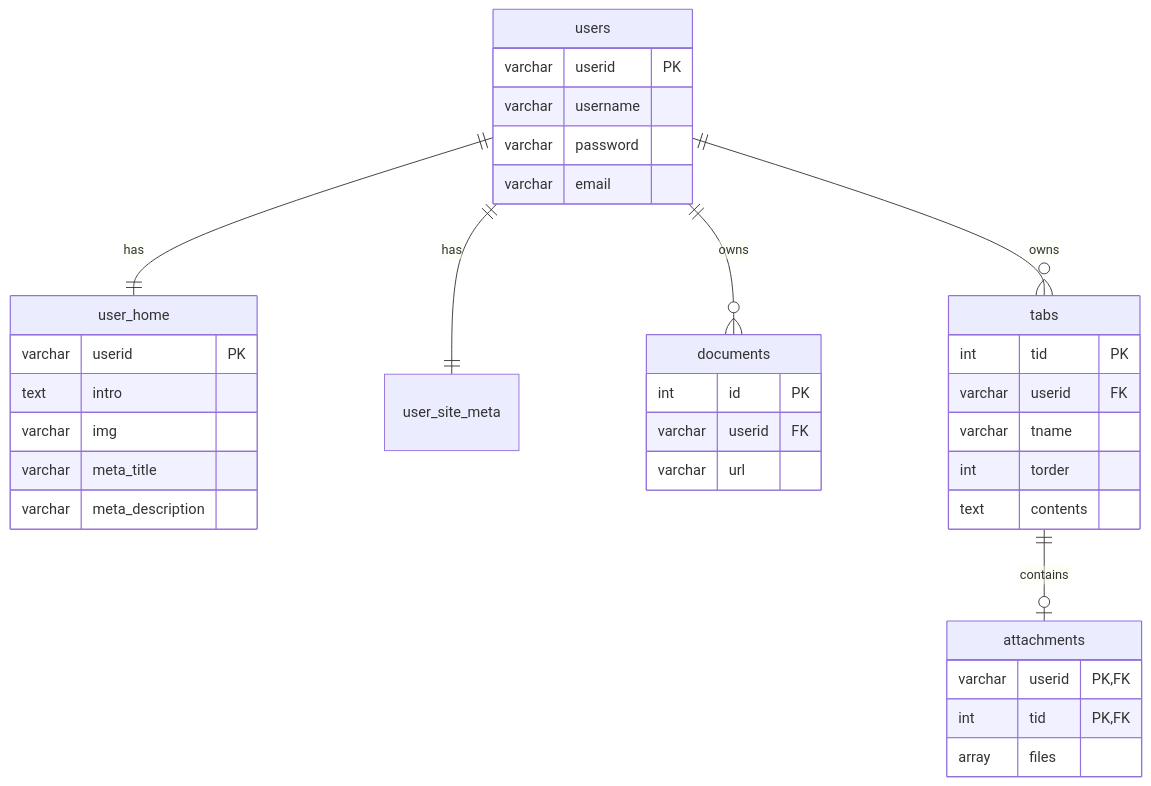
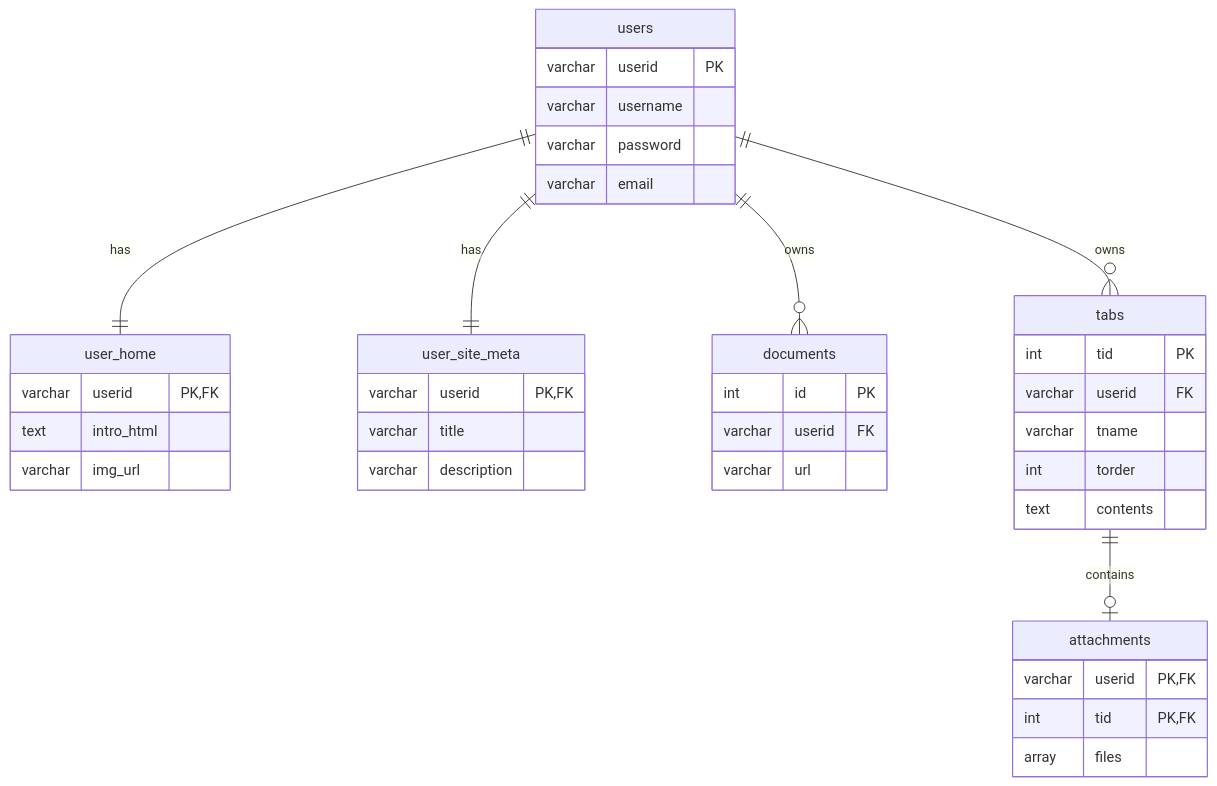
Before and after one commit to SihyeonHong/EasiestCV: the diagram in README.md, drawn with Mermaid. The commit also changed other lines of this file and 2 other files, not shown here.

Commit message:
chore: DB Schema 업데이트

````diff
--- a/README.md
+++ b/README.md
@@ -18,44 +18,48 @@
 ```mermaid
 erDiagram
     users ||--|| user_home : has
     users ||--|| user_site_meta : has
     users ||--o{ documents : owns
     users ||--o{ tabs : owns
     tabs ||--o| attachments : contains
 
     users {
         varchar userid PK
         varchar username
         varchar password
         varchar email
     }
+
+    user_site_meta {
+        varchar userid PK, FK
+        varchar title
+        varchar description
+    }
+
     user_home {
-        varchar userid PK
-        text intro
-        varchar img
-        varchar meta_title
-        varchar meta_description
+        varchar userid PK, FK
+        text intro_html
+        varchar img_url
     }
 
     documents {
         int id PK
         varchar userid FK
         varchar url
     }
 
     tabs {
         int tid PK
         varchar userid FK
         varchar tname
         int torder
         text contents
     }
 
     attachments {
         varchar userid PK, FK
         int tid PK, FK
         array files
     }
 
-
 ```
````
